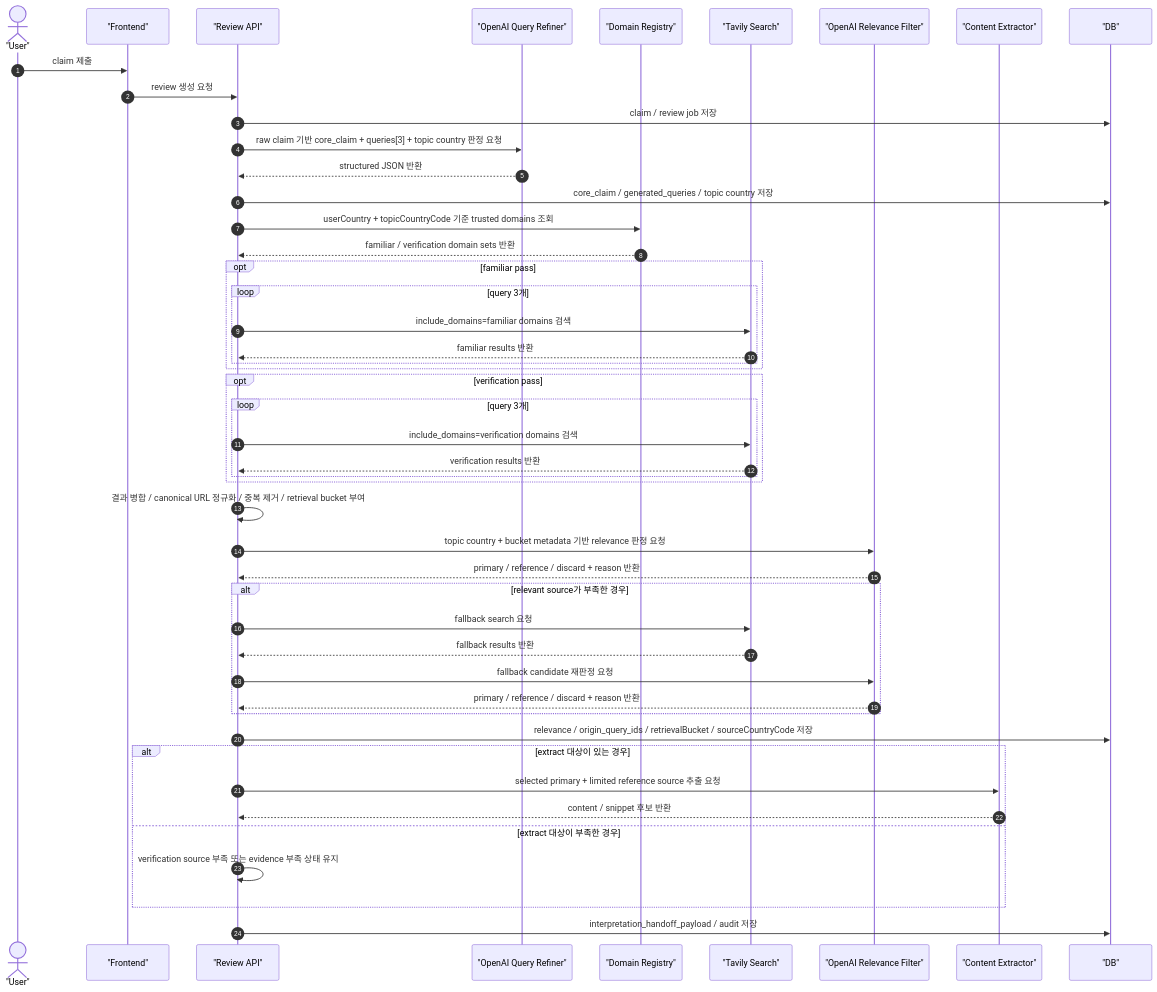
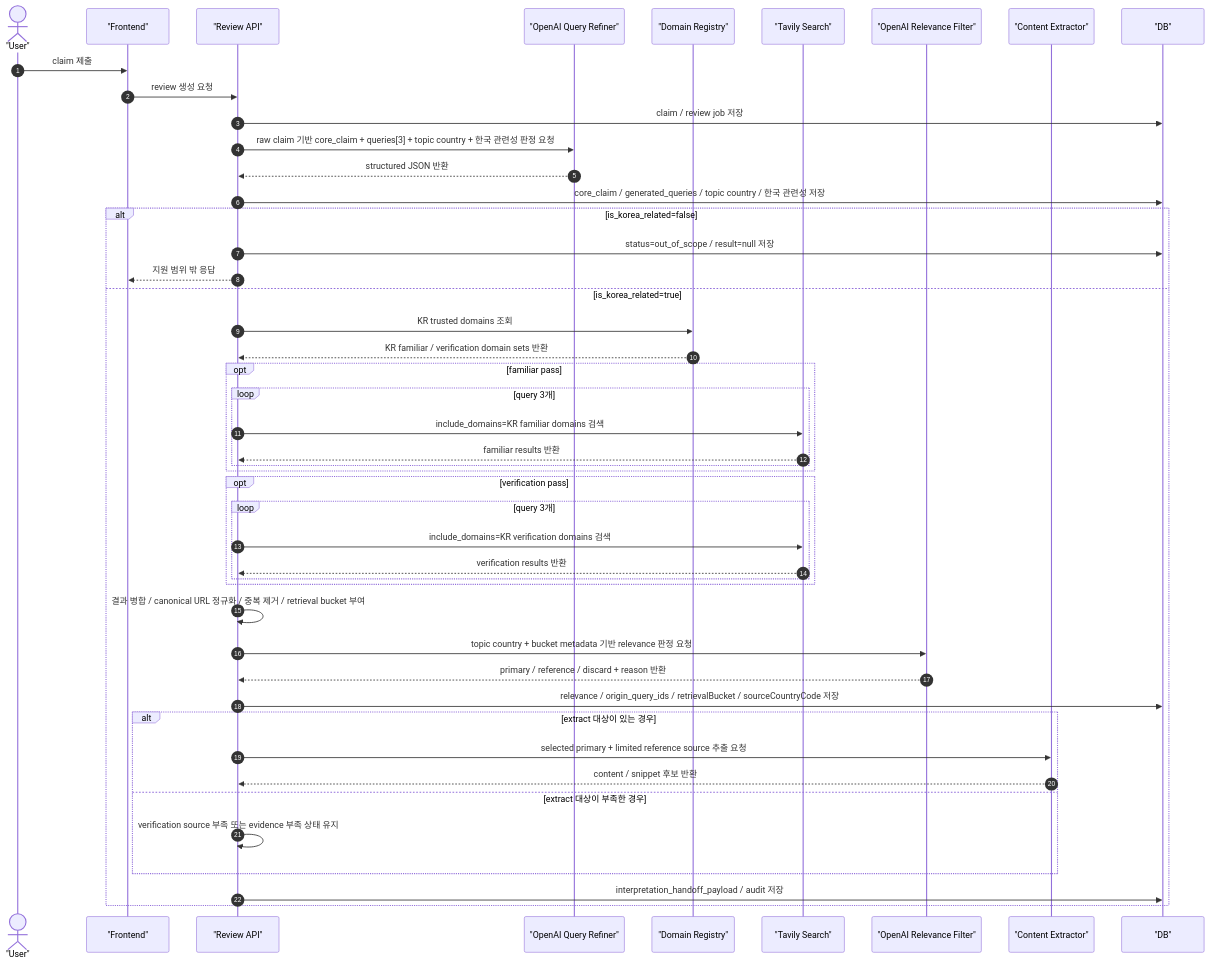
One commit to dyjeong576/varo changed the first of 2 diagrams in docs/review-query-processing.md. Above: the diagram before and after it, drawn with Mermaid. The commit also changed other lines of this file and 29 other files, not shown here.

Commit message:
update: scope MVP reviews to Korea-related claims

````diff
--- a/docs/review-query-processing.md
+++ b/docs/review-query-processing.md
@@ -119,59 +122,57 @@
 ```mermaid
 sequenceDiagram
     autonumber
     actor User as "User"
     participant Frontend as "Frontend"
     participant ReviewAPI as "Review API"
     participant QueryRefiner as "OpenAI Query Refiner"
     participant DomainRegistry as "Domain Registry"
     participant Tavily as "Tavily Search"
     participant RelevanceFilter as "OpenAI Relevance Filter"
     participant Extractor as "Content Extractor"
     participant DB as "DB"
 
     User->>Frontend: claim 제출
     Frontend->>ReviewAPI: review 생성 요청
     ReviewAPI->>DB: claim / review job 저장
-    ReviewAPI->>QueryRefiner: raw claim 기반 core_claim + queries[3] + topic country 판정 요청
+    ReviewAPI->>QueryRefiner: raw claim 기반 core_claim + queries[3] + topic country + 한국 관련성 판정 요청
     QueryRefiner-->>ReviewAPI: structured JSON 반환
-    ReviewAPI->>DB: core_claim / generated_queries / topic country 저장
+    ReviewAPI->>DB: core_claim / generated_queries / topic country / 한국 관련성 저장
 
-    ReviewAPI->>DomainRegistry: userCountry + topicCountryCode 기준 trusted domains 조회
-    DomainRegistry-->>ReviewAPI: familiar / verification domain sets 반환
+    alt is_korea_related=false
+        ReviewAPI->>DB: status=out_of_scope / result=null 저장
+        ReviewAPI-->>Frontend: 지원 범위 밖 응답
+    else is_korea_related=true
+        ReviewAPI->>DomainRegistry: KR trusted domains 조회
+        DomainRegistry-->>ReviewAPI: KR familiar / verification domain sets 반환
 
-    opt familiar pass
-        loop query 3개
-            ReviewAPI->>Tavily: include_domains=familiar domains 검색
-            Tavily-->>ReviewAPI: familiar results 반환
+        opt familiar pass
+            loop query 3개
+                ReviewAPI->>Tavily: include_domains=KR familiar domains 검색
+                Tavily-->>ReviewAPI: familiar results 반환
+            end
         end
+
+        opt verification pass
+            loop query 3개
+                ReviewAPI->>Tavily: include_domains=KR verification domains 검색
+                Tavily-->>ReviewAPI: verification results 반환
+            end
+        end
+
+        ReviewAPI->>ReviewAPI: 결과 병합 / canonical URL 정규화 / 중복 제거 / retrieval bucket 부여
+        ReviewAPI->>RelevanceFilter: topic country + bucket metadata 기반 relevance 판정 요청
+        RelevanceFilter-->>ReviewAPI: primary / reference / discard + reason 반환
+
+        ReviewAPI->>DB: relevance / origin_query_ids / retrievalBucket / sourceCountryCode 저장
+
+        alt extract 대상이 있는 경우
+            ReviewAPI->>Extractor: selected primary + limited reference source 추출 요청
+            Extractor-->>ReviewAPI: content / snippet 후보 반환
+        else extract 대상이 부족한 경우
+            ReviewAPI->>ReviewAPI: verification source 부족 또는 evidence 부족 상태 유지
+        end
+
+        ReviewAPI->>DB: interpretation_handoff_payload / audit 저장
     end
-
-    opt verification pass
-        loop query 3개
-            ReviewAPI->>Tavily: include_domains=verification domains 검색
-            Tavily-->>ReviewAPI: verification results 반환
-        end
-    end
-
-    ReviewAPI->>ReviewAPI: 결과 병합 / canonical URL 정규화 / 중복 제거 / retrieval bucket 부여
-    ReviewAPI->>RelevanceFilter: topic country + bucket metadata 기반 relevance 판정 요청
-    RelevanceFilter-->>ReviewAPI: primary / reference / discard + reason 반환
-
-    alt relevant source가 부족한 경우
-        ReviewAPI->>Tavily: fallback search 요청
-        Tavily-->>ReviewAPI: fallback results 반환
-        ReviewAPI->>RelevanceFilter: fallback candidate 재판정 요청
-        RelevanceFilter-->>ReviewAPI: primary / reference / discard + reason 반환
-    end
-
-    ReviewAPI->>DB: relevance / origin_query_ids / retrievalBucket / sourceCountryCode 저장
-
-    alt extract 대상이 있는 경우
-        ReviewAPI->>Extractor: selected primary + limited reference source 추출 요청
-        Extractor-->>ReviewAPI: content / snippet 후보 반환
-    else extract 대상이 부족한 경우
-        ReviewAPI->>ReviewAPI: verification source 부족 또는 evidence 부족 상태 유지
-    end
-
-    ReviewAPI->>DB: interpretation_handoff_payload / audit 저장
 ```
````
